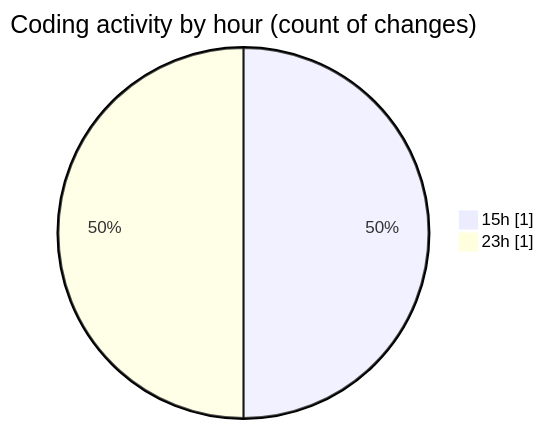
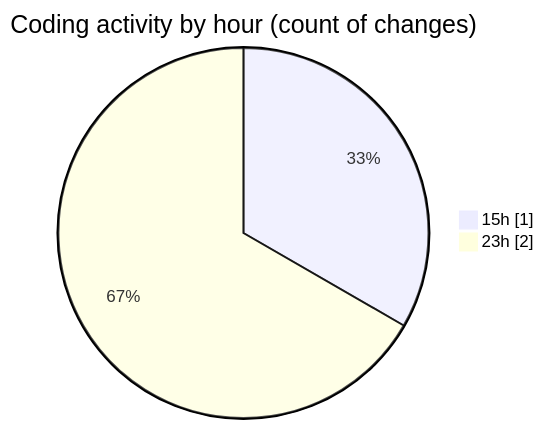
The second of 2 diagrams in 2025-10-09/eventscop-api-guide__workspace_/README.md (julien-gomy/code-tracking), drawn with Mermaid before and after one commit. The commit also changed other lines of this file and 1 other file, not shown here.

````diff
--- a/2025-10-09/eventscop-api-guide__workspace_/README.md
+++ b/2025-10-09/eventscop-api-guide__workspace_/README.md
@@ -29,6 +29,6 @@
 ```mermaid
 pie showData
 title Coding activity by hour (count of changes)
 "15h" : 1
-"23h" : 1
+"23h" : 2
 ```
````
